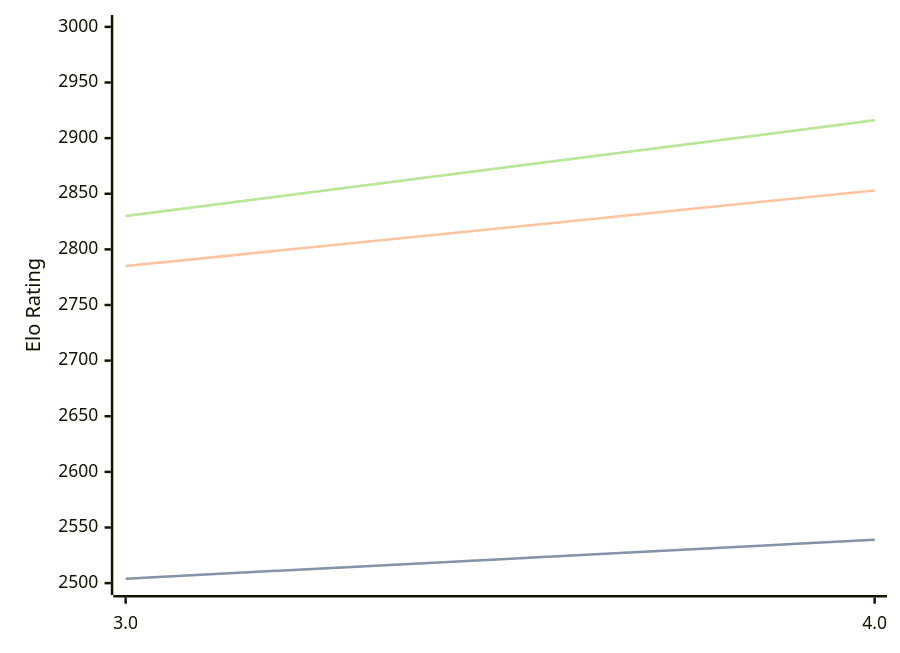
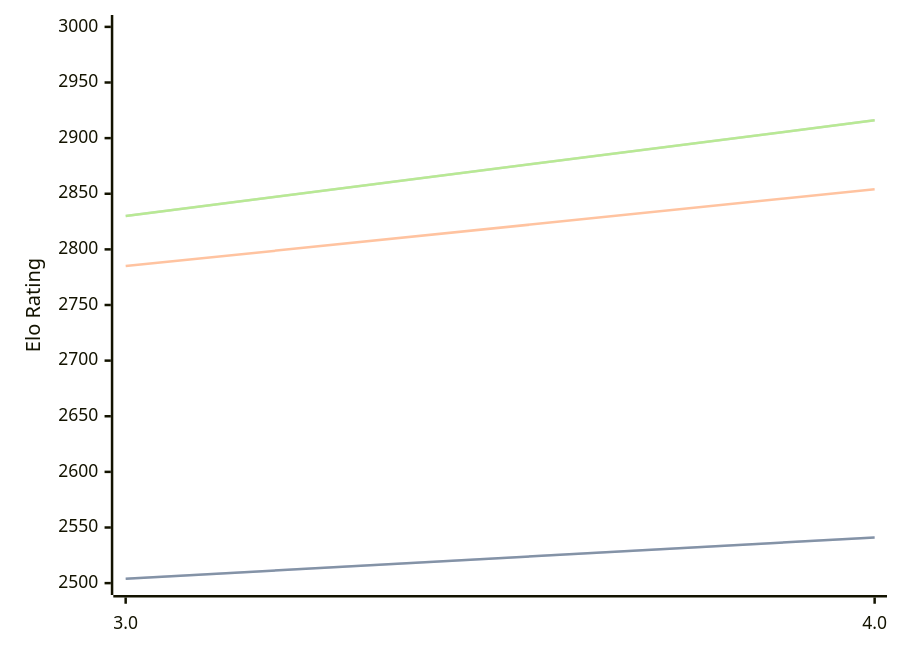
The diagram in engines/Chess3.md (computer-chess-index/cci), drawn with Mermaid before and after one commit. The commit also changed other lines of this file, not shown here.

Commit message:
Update CCI Ratings (ELO VLTC) - 2026-04-12

````diff
--- a/engines/Chess3.md
+++ b/engines/Chess3.md
@@ -34,11 +34,11 @@
 ```mermaid
 %%{init: {"theme":"base","themeVariables":{"seriesColors:['#a3a3a3','#222221','#faa371']}}}%%
 xychart-beta
   x-axis ["3.0", "4.0"]
   y-axis "Elo Rating" 2500 --> 3000
-  line "STC (8.0+0.08s)" [2504, 2539]
-  line "STC (8.0+0.08s)" [2504, 2539]
-  line "LTC (60.0+0.60s)" [2785, 2853]
+  line "STC (8.0+0.08s)" [2504, 2541]
+  line "STC (8.0+0.08s)" [2504, 2541]
+  line "LTC (60.0+0.60s)" [2785, 2854]
   line "VLTC (2m24s+1.12s)" [2830, 2916]
   line "VLTC (2m24s+1.12s)" [2830, 2916]
 ```
````
